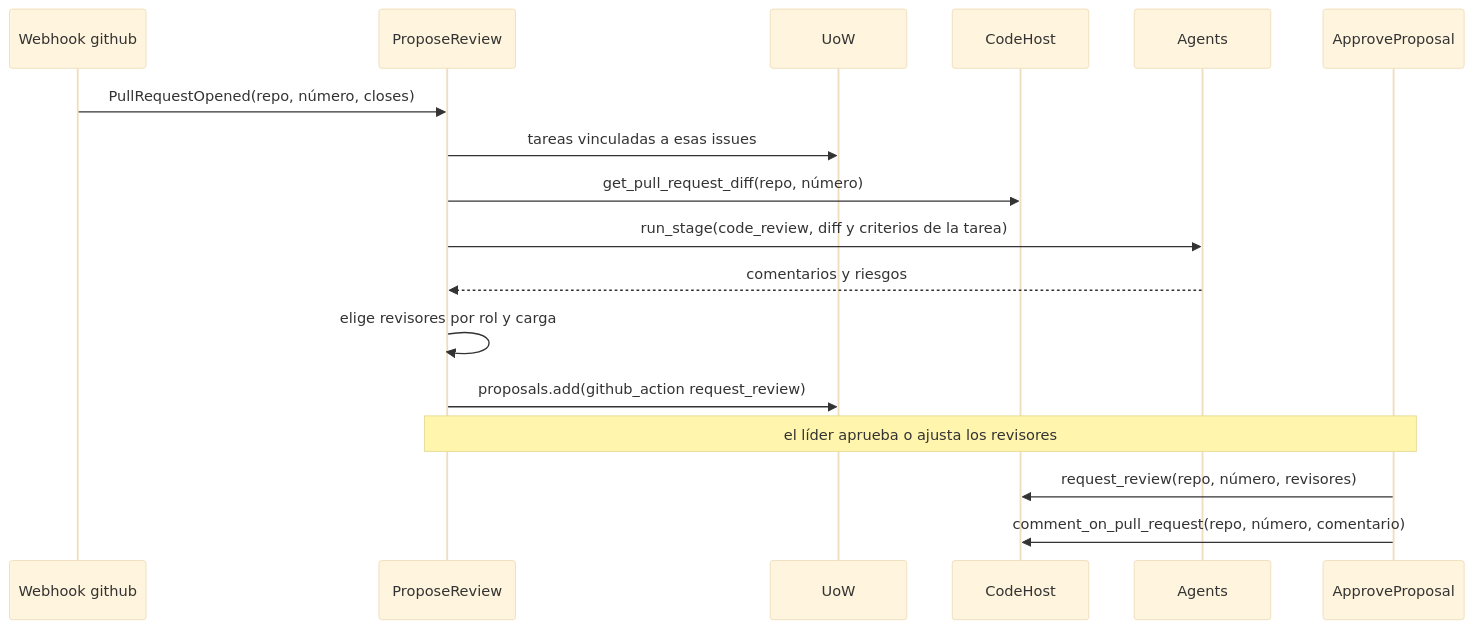
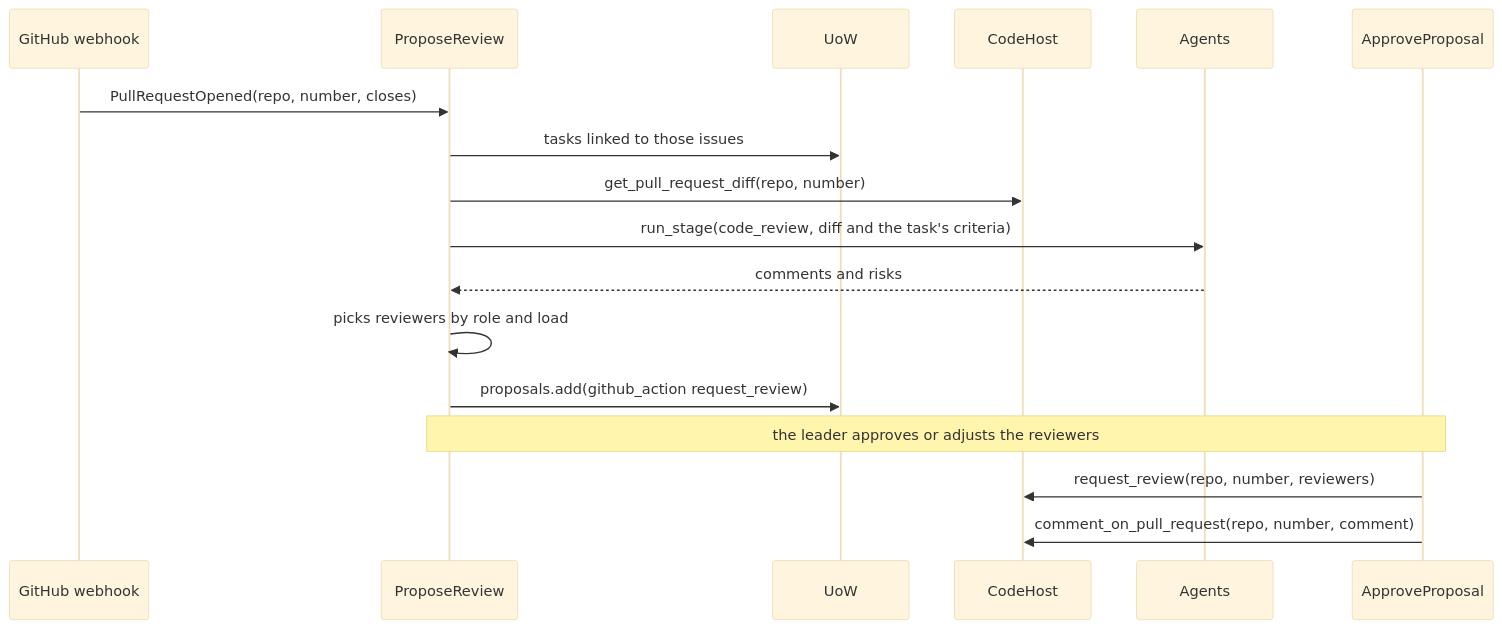
One commit to Mitchz01/TransparencIA changed diagram 15 of 18 in plan/use-cases.md. Above: the diagram before and after it, drawn with Mermaid (base theme). The commit also changed other lines of this file and 68 other files, not shown here.

First line of the commit message:
Translate the repo to English and fold tasks into plan.md

````diff
--- a/plan/use-cases.md
+++ b/plan/use-cases.md
@@ -478,20 +482,20 @@
 ```mermaid
 sequenceDiagram
-    participant WH as Webhook github
+    participant WH as GitHub webhook
     participant UC as ProposeReview
     participant UoW
     participant CH as CodeHost
     participant AG as Agents
     participant AP as ApproveProposal
 
-    WH->>UC: PullRequestOpened(repo, número, closes)
-    UC->>UoW: tareas vinculadas a esas issues
-    UC->>CH: get_pull_request_diff(repo, número)
-    UC->>AG: run_stage(code_review, diff y criterios de la tarea)
-    AG-->>UC: comentarios y riesgos
-    UC->>UC: elige revisores por rol y carga
+    WH->>UC: PullRequestOpened(repo, number, closes)
+    UC->>UoW: tasks linked to those issues
+    UC->>CH: get_pull_request_diff(repo, number)
+    UC->>AG: run_stage(code_review, diff and the task's criteria)
+    AG-->>UC: comments and risks
+    UC->>UC: picks reviewers by role and load
     UC->>UoW: proposals.add(github_action request_review)
-    Note over UC,AP: el líder aprueba o ajusta los revisores
-    AP->>CH: request_review(repo, número, revisores)
-    AP->>CH: comment_on_pull_request(repo, número, comentario)
+    Note over UC,AP: the leader approves or adjusts the reviewers
+    AP->>CH: request_review(repo, number, reviewers)
+    AP->>CH: comment_on_pull_request(repo, number, comment)
 ```
````
